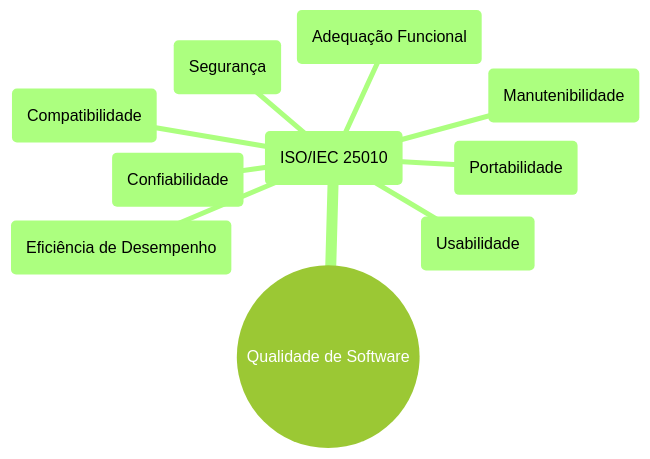
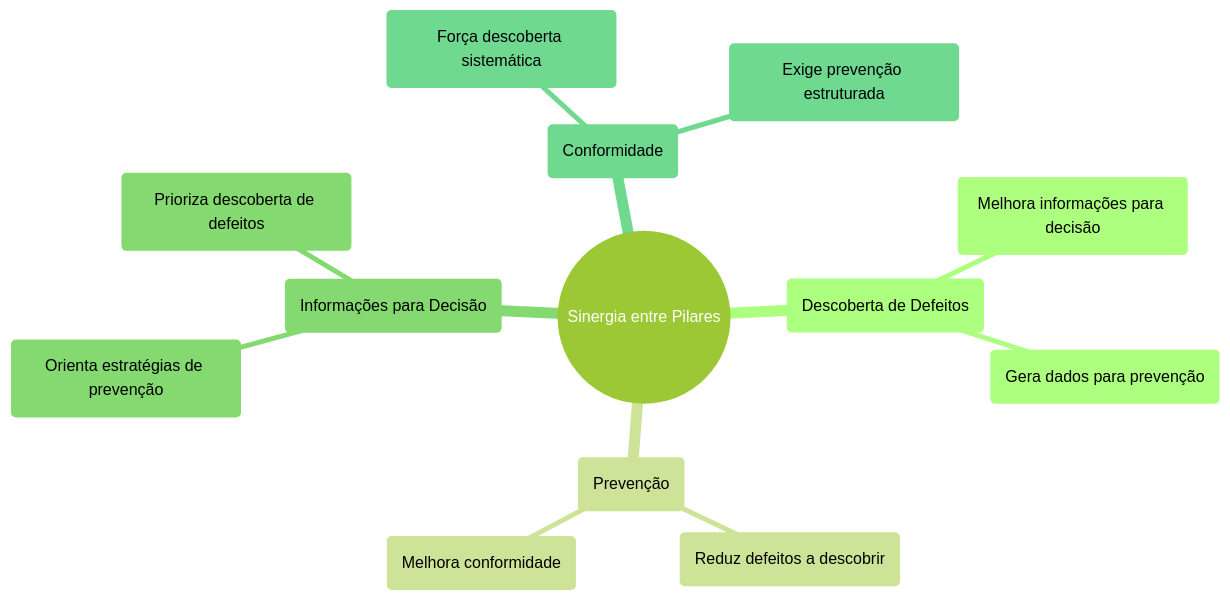
Before and after one commit to jacksonpradolima/teste-software: the third of 26 diagrams in docs/aulas/aula-01-02-introducao-teste-software-qualidade/README.md, drawn with Mermaid (forest theme). The commit also changed other lines of this file, not shown here.

````diff
--- a/docs/aulas/aula-01-02-introducao-teste-software-qualidade/README.md
+++ b/docs/aulas/aula-01-02-introducao-teste-software-qualidade/README.md
@@ -179,13 +255,16 @@
 ```mermaid
 mindmap
-  root((Qualidade de Software))
-    (ISO/IEC 25010)
-      (Adequação Funcional)
-      (Confiabilidade)
-      (Usabilidade)
-      (Eficiência de Desempenho)
-      (Segurança)
-      (Compatibilidade)
-      (Manutenibilidade)
-      (Portabilidade)
+  root((Sinergia entre Pilares))
+    (Descoberta de Defeitos)
+      (Melhora informações para decisão)
+      (Gera dados para prevenção)
+    (Prevenção)
+      (Reduz defeitos a descobrir)
+      (Melhora conformidade)
+    (Informações para Decisão)
+      (Orienta estratégias de prevenção)
+      (Prioriza descoberta de defeitos)
+    (Conformidade)
+      (Força descoberta sistemática)
+      (Exige prevenção estruturada)
 ```
````
